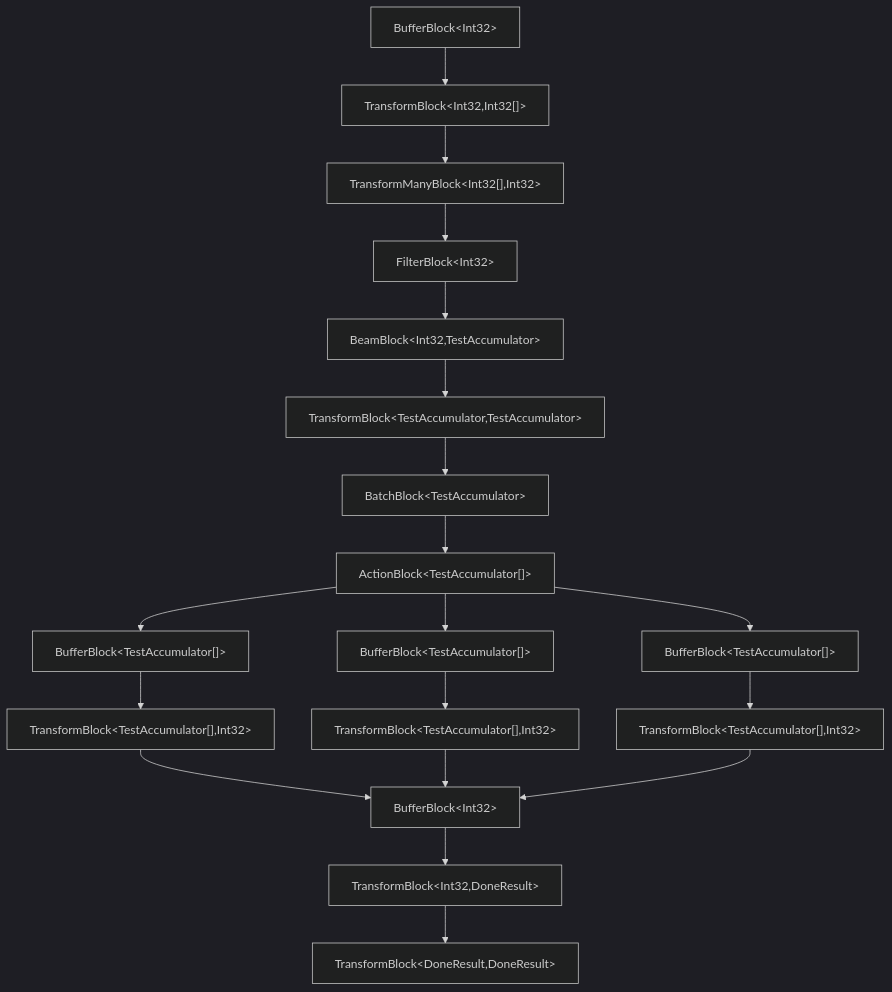
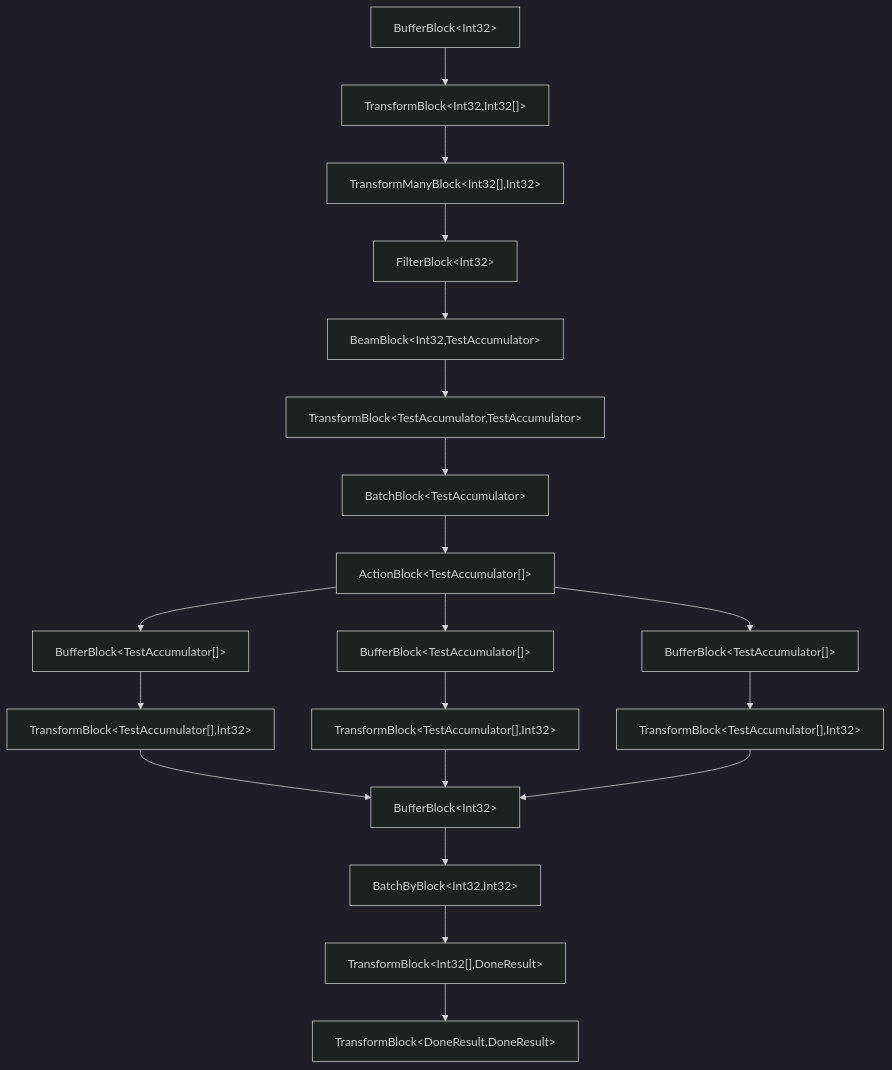
The third of 3 diagrams in README.md (hotfix-houdini/block-party), drawn with Mermaid (dark theme) before and after one commit. The commit also changed other lines of this file and 5 other files, not shown here.

First line of the commit message:
BatchByBlock (#41)

````diff
--- a/README.md
+++ b/README.md
@@ -634,39 +685,41 @@
 ```mermaid
 graph TD
   buffer_0["BufferBlock&lt;Int32&gt;"]
   transform_1["TransformBlock&lt;Int32,Int32[]&gt;"]
   transformMany_2["TransformManyBlock&lt;Int32[],Int32&gt;"]
   filter_3["FilterBlock&lt;Int32&gt;"]
   beam_4["BeamBlock&lt;Int32,TestAccumulator&gt;"]
   transform_5["TransformBlock&lt;TestAccumulator,TestAccumulator&gt;"]
   batch_6["BatchBlock&lt;TestAccumulator&gt;"]
   action_7["ActionBlock&lt;TestAccumulator[]&gt;"]
   buffer_8["BufferBlock&lt;TestAccumulator[]&gt;"]
   buffer_10["BufferBlock&lt;TestAccumulator[]&gt;"]
   buffer_12["BufferBlock&lt;TestAccumulator[]&gt;"]
   transform_9["TransformBlock&lt;TestAccumulator[],Int32&gt;"]
   transform_11["TransformBlock&lt;TestAccumulator[],Int32&gt;"]
   transform_13["TransformBlock&lt;TestAccumulator[],Int32&gt;"]
   buffer_14["BufferBlock&lt;Int32&gt;"]
-  transform_15["TransformBlock&lt;Int32,DoneResult&gt;"]
-  transform_16["TransformBlock&lt;DoneResult,DoneResult&gt;"]
+  batchBy_15["BatchByBlock&lt;Int32,Int32&gt;"]
+  transform_16["TransformBlock&lt;Int32[],DoneResult&gt;"]
+  transform_17["TransformBlock&lt;DoneResult,DoneResult&gt;"]
 
   buffer_0 --> transform_1
   transform_1 --> transformMany_2
   transformMany_2 --> filter_3
   filter_3 --> beam_4
   beam_4 --> transform_5
   transform_5 --> batch_6
   batch_6 --> action_7
   action_7 --> buffer_8
   action_7 --> buffer_10
   action_7 --> buffer_12
   buffer_8 --> transform_9
   buffer_10 --> transform_11
   buffer_12 --> transform_13
   transform_9 --> buffer_14
   transform_11 --> buffer_14
   transform_13 --> buffer_14
-  buffer_14 --> transform_15
-  transform_15 --> transform_16
+  buffer_14 --> batchBy_15
+  batchBy_15 --> transform_16
+  transform_16 --> transform_17
 ```
````
